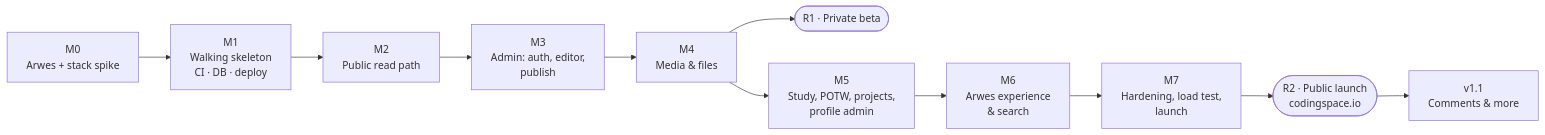
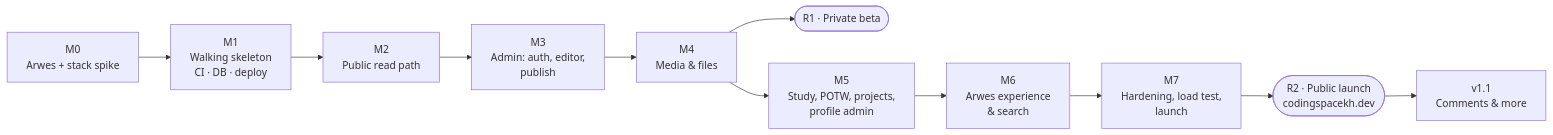
The diagram in docs/04-milestones.md (codingspacekh/codingspace), drawn with Mermaid before and after one commit. The commit also changed other lines of this file and 31 other files, not shown here.

First line of the commit message:
Domain: codingspacekh.dev (#46)

````diff
--- a/docs/04-milestones.md
+++ b/docs/04-milestones.md
@@ -15,13 +15,13 @@
 ```mermaid
 flowchart LR
   M0["M0<br/>Arwes + stack spike"] --> M1["M1<br/>Walking skeleton<br/>CI · DB · deploy"]
   M1 --> M2["M2<br/>Public read path"]
   M2 --> M3["M3<br/>Admin: auth, editor,<br/>publish"]
   M3 --> M4["M4<br/>Media & files"]
   M4 --> R1(["R1 · Private beta"])
   M4 --> M5["M5<br/>Study, POTW, projects,<br/>profile admin"]
   M5 --> M6["M6<br/>Arwes experience<br/>& search"]
   M6 --> M7["M7<br/>Hardening, load test,<br/>launch"]
-  M7 --> R2(["R2 · Public launch<br/>codingspace.io"])
+  M7 --> R2(["R2 · Public launch<br/>codingspacekh.dev"])
   R2 --> V11["v1.1<br/>Comments & more"]
 ```
````
